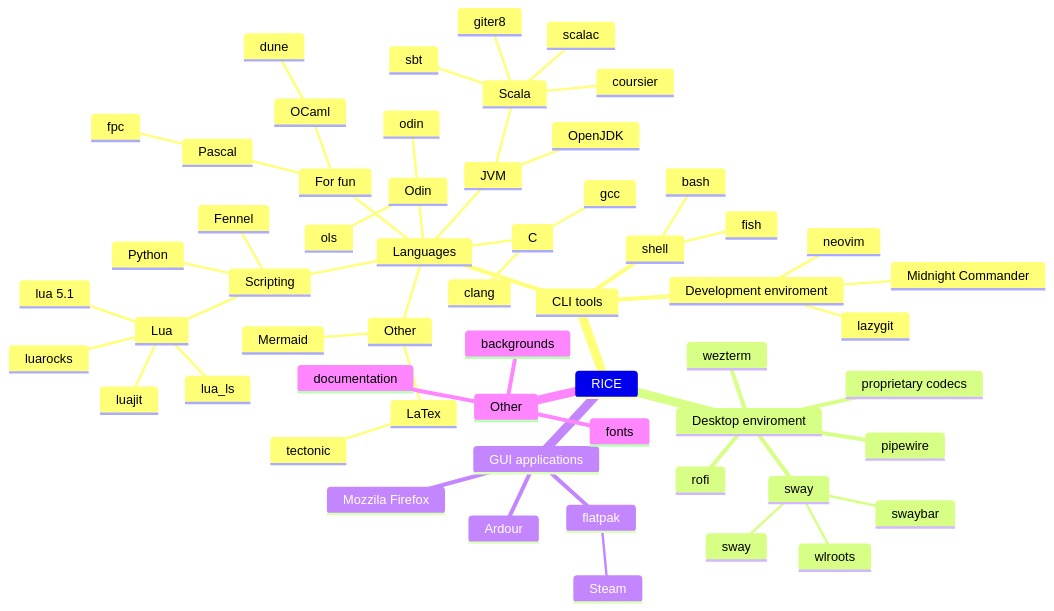
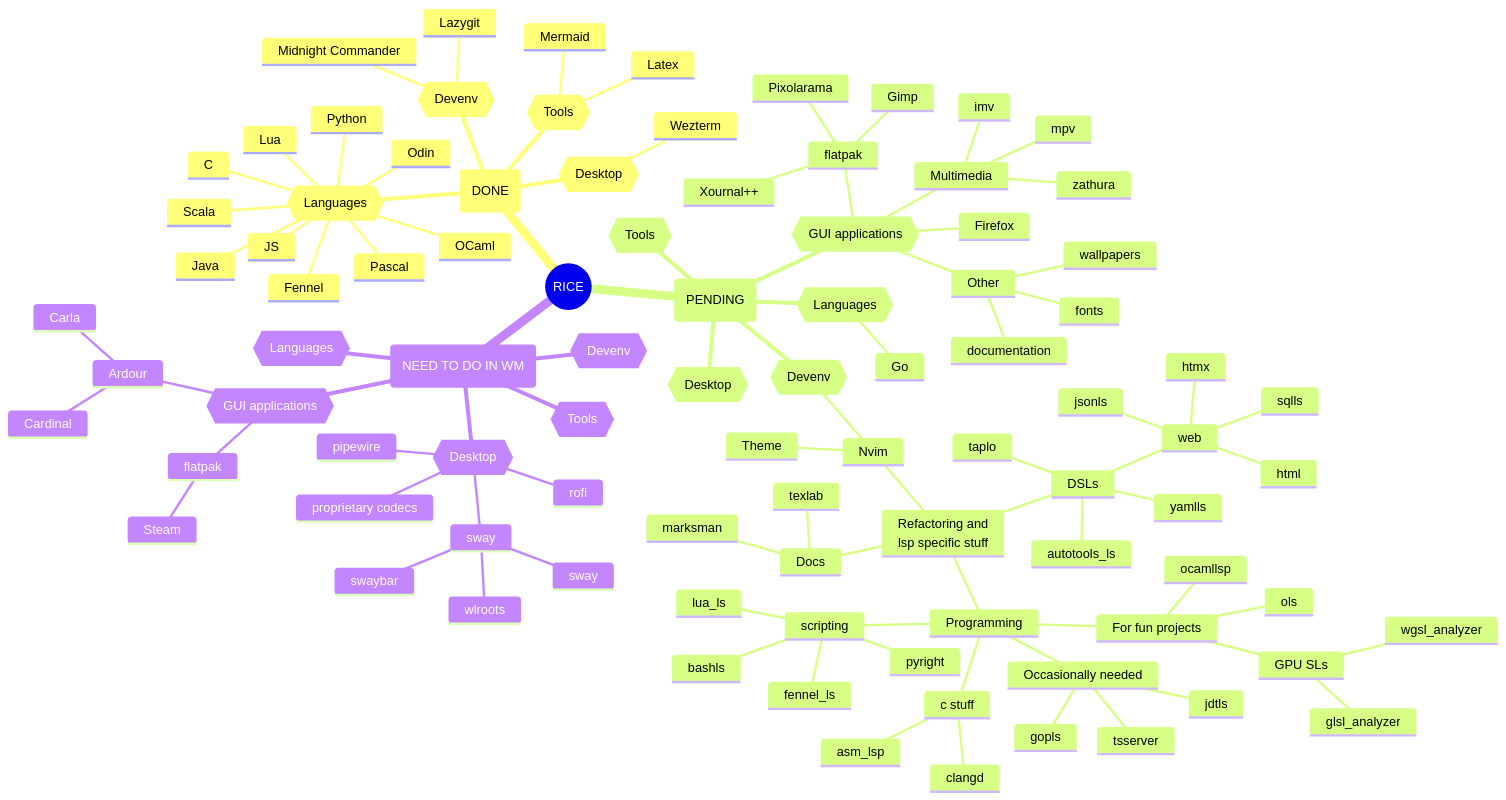
The diagram in docs/src/map.mmd (sebhajek/dotfiles), drawn with Mermaid before and after one commit.

Commit message:
updated todo mindmap

```diff
--- a/docs/src/map.mmd
+++ b/docs/src/map.mmd
@@ -1,59 +1,94 @@
 mindmap
-RICE
-  CLI tools
-    Languages
-      Scripting
-        Lua
-          lua 5.1
-          luajit
-          luarocks
-          lua_ls
-        Python
-        Fennel
-      For fun
-        Pascal
-          fpc
-        OCaml
-          dune
+((RICE))
+  (DONE)
+    {{Languages}}
+      Lua 
+      Fennel
+      Python
+      Scala
+      Pascal
+      C
       Odin
-        odin
-        ols
-      C
-        gcc
-        clang
-      JVM
-        Scala
-          scalac
-          sbt
-          giter8
-          coursier
-        OpenJDK
+      Java
+      JS
+      OCaml
+    {{Tools}}
+      Mermaid
+      Latex
+    {{Devenv}}
+      Lazygit
+      Midnight Commander
+    {{Desktop}}
+      Wezterm
+  (PENDING)
+    {{Languages}}
+      Go
+    {{Tools}}
+    {{Devenv}}
+      Nvim
+        Refactoring and<br/>lsp specific stuff
+          DSLs
+            autotools_ls
+            web
+              html
+              htmx
+              jsonls
+              sqlls
+            taplo
+            yamlls
+          Programming
+            For fun projects
+              ocamllsp
+              ols
+              GPU SLs
+                glsl_analyzer
+                wgsl_analyzer
+            scripting
+              bashls  
+              fennel_ls
+              lua_ls
+              pyright
+            c stuff
+              asm_lsp  
+              clangd
+            Occasionally needed
+              gopls
+              jdtls
+              tsserver
+          Docs
+            marksman  
+            texlab
+        Theme
+    {{Desktop}}
+    {{GUI applications}}
+      Firefox
+      Multimedia
+        mpv
+        imv
+        zathura
+      flatpak
+        Pixolarama
+        Xournal++
+        Gimp
       Other
-        LaTex
-          tectonic
-        Mermaid
-    Development enviroment
-      neovim
-      lazygit
-      Midnight Commander
-    shell
-      fish
-      bash
-  Desktop enviroment
-    wezterm
-    sway
-      swaybar
-      wlroots
+        fonts
+        wallpapers
+        documentation
+  (NEED TO DO IN WM)
+    {{Desktop}}
       sway
-    rofi
-    pipewire
-    proprietary codecs
-  GUI applications
-    flatpak
-      Steam
-    Ardour
-    Mozzila Firefox
-  Other
-    fonts
-    backgrounds
-    documentation
+        swaybar
+        wlroots
+        sway
+      rofi
+      pipewire
+      proprietary codecs
+    {{GUI applications}}
+      flatpak
+        Steam
+      Ardour
+        Carla
+        Cardinal
+    {{Languages}}
+    {{Tools}}
+    {{Devenv}}
```
